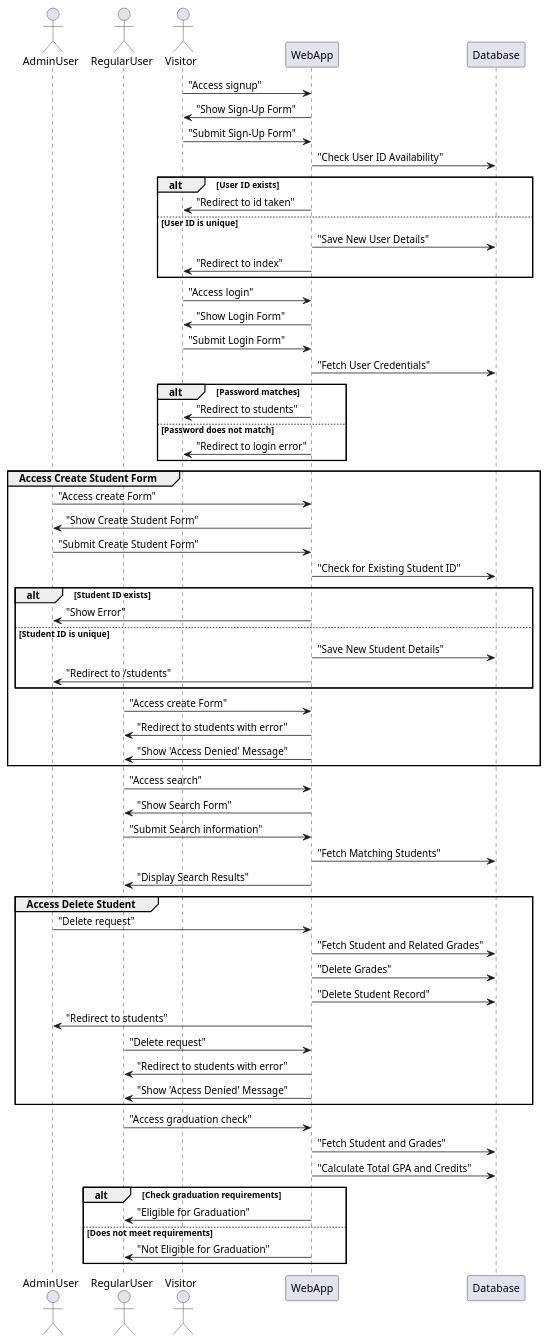
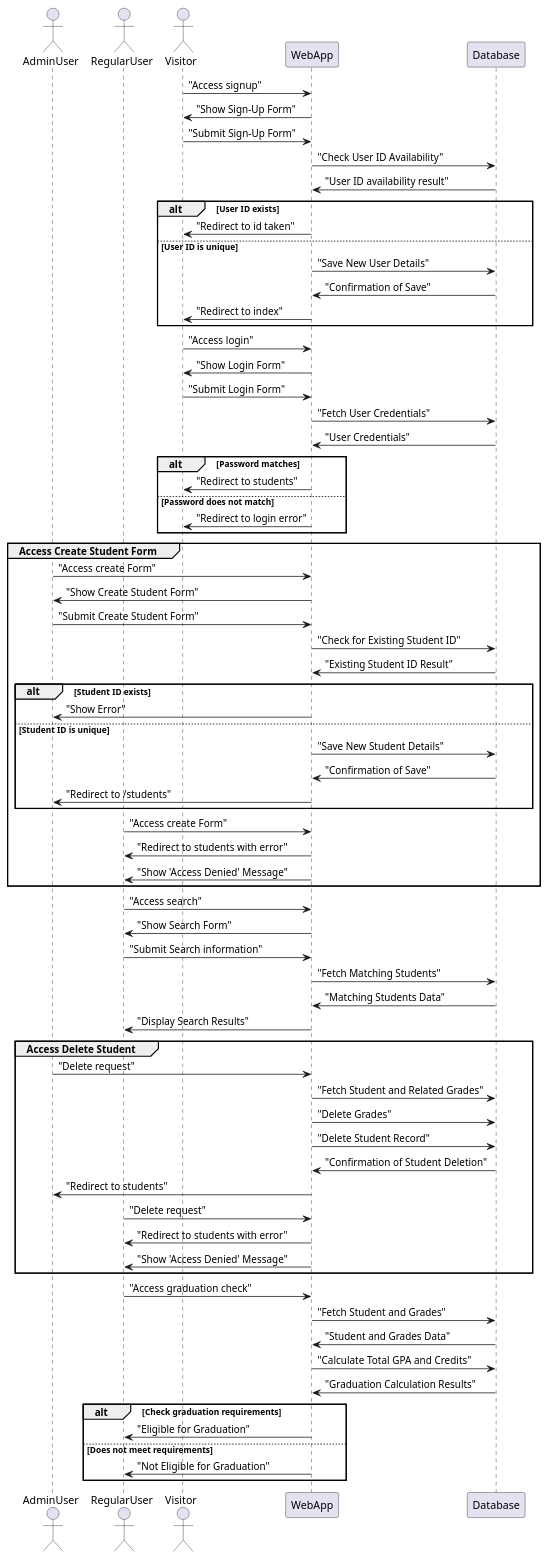
One commit to msu-denver/project-3-student-management-blueteam changed the diagram in uml/sequence.wsd. Above: the diagram before and after it, drawn with PlantUML.

```diff
--- a/uml/sequence.wsd
+++ b/uml/sequence.wsd
@@ -1,75 +1,84 @@
 @startuml
 
 actor AdminUser
 actor RegularUser
 actor Visitor
 participant WebApp as App
 participant Database as DB
 
-
 Visitor -> App: "Access signup"
 App -> Visitor: "Show Sign-Up Form"
 Visitor -> App: "Submit Sign-Up Form"
 App -> DB: "Check User ID Availability"
+DB -> App: "User ID availability result"
 alt User ID exists
     App -> Visitor: "Redirect to id taken"
 else User ID is unique
     App -> DB: "Save New User Details"
+    DB -> App: "Confirmation of Save"
     App -> Visitor: "Redirect to index"
 end
 
 Visitor -> App: "Access login"
 App -> Visitor: "Show Login Form"
 Visitor -> App: "Submit Login Form"
 App -> DB: "Fetch User Credentials"
+DB -> App: "User Credentials"
 alt Password matches
     App -> Visitor: "Redirect to students"
 else Password does not match
     App -> Visitor: "Redirect to login error"
 end
 
 group Access Create Student Form
     AdminUser -> App: "Access create Form"
     App -> AdminUser: "Show Create Student Form"
     AdminUser -> App: "Submit Create Student Form"
     App -> DB: "Check for Existing Student ID"
+    DB -> App: "Existing Student ID Result"
     alt Student ID exists
         App -> AdminUser: "Show Error"
     else Student ID is unique
         App -> DB: "Save New Student Details"
+        DB -> App: "Confirmation of Save"
         App -> AdminUser: "Redirect to /students"
     end
 
     RegularUser -> App: "Access create Form"
     App -> RegularUser: "Redirect to students with error"
     App -> RegularUser: "Show 'Access Denied' Message"
 end
 
 RegularUser -> App: "Access search"
 App -> RegularUser: "Show Search Form"
 RegularUser -> App: "Submit Search information"
 App -> DB: "Fetch Matching Students"
+DB -> App: "Matching Students Data"
 App -> RegularUser: "Display Search Results"
 
 group Access Delete Student
     AdminUser -> App: "Delete request"
     App -> DB: "Fetch Student and Related Grades"
     App -> DB: "Delete Grades"
     App -> DB: "Delete Student Record"
+    DB -> App: "Confirmation of Student Deletion"
     App -> AdminUser: "Redirect to students"
 
     RegularUser -> App: "Delete request"
     App -> RegularUser: "Redirect to students with error"
     App -> RegularUser: "Show 'Access Denied' Message"
 end
 
 RegularUser -> App: "Access graduation check"
 App -> DB: "Fetch Student and Grades"
+DB -> App: "Student and Grades Data"
 App -> DB: "Calculate Total GPA and Credits"
+DB -> App: "Graduation Calculation Results"
+
 alt Check graduation requirements
     App -> RegularUser: "Eligible for Graduation"
 else Does not meet requirements
     App -> RegularUser: "Not Eligible for Graduation"
 end
 
 @enduml
```
